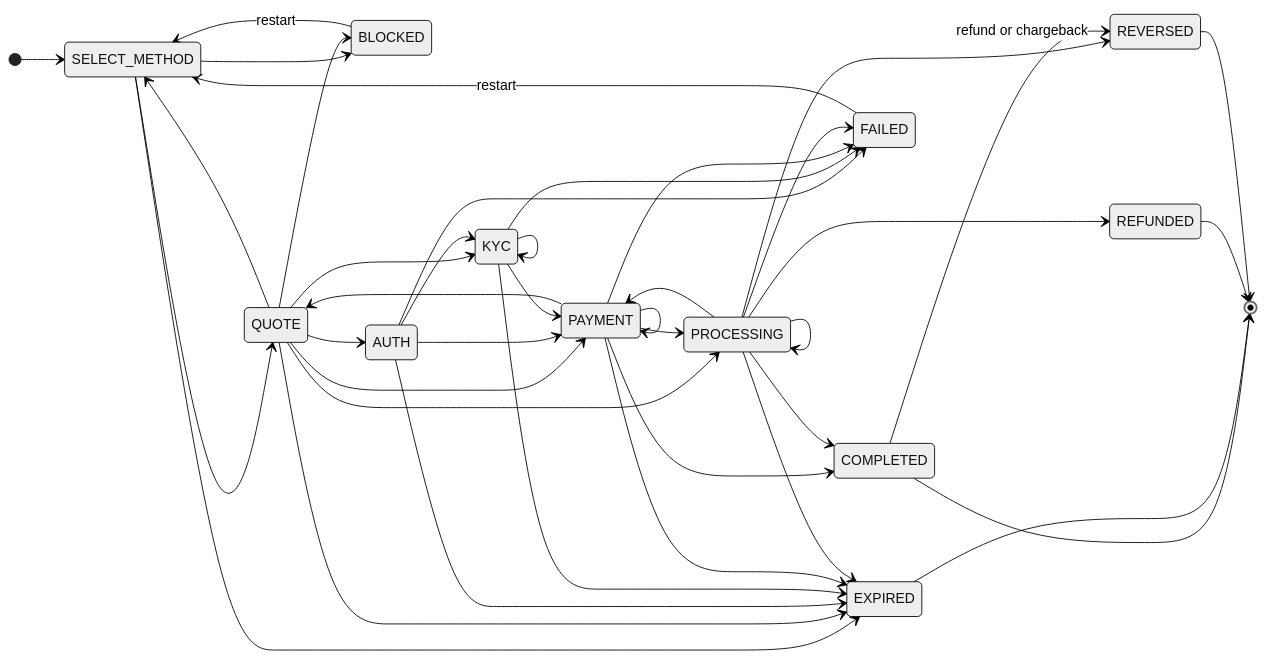
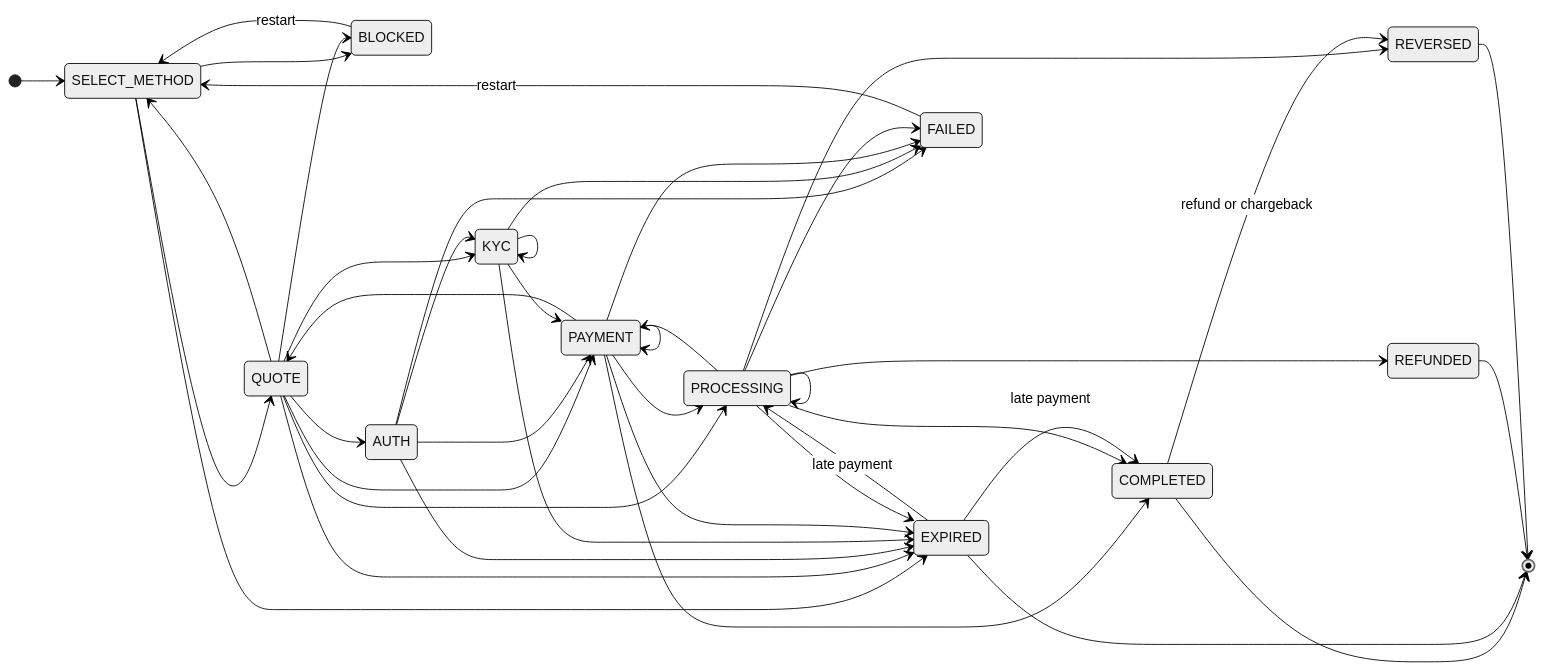
Before and after one commit to yosriady/openrampkit: the first of 2 diagrams in docs/concepts/flow.md, drawn with Mermaid (neutral theme). The commit also changed other lines of this file and 12 other files, not shown here.

````diff
--- a/docs/concepts/flow.md
+++ b/docs/concepts/flow.md
@@ -59,43 +59,45 @@
 ```mermaid
 stateDiagram-v2
   direction LR
   [*] --> SELECT_METHOD
   SELECT_METHOD --> QUOTE
   SELECT_METHOD --> BLOCKED
   SELECT_METHOD --> EXPIRED
   QUOTE --> SELECT_METHOD
   QUOTE --> AUTH
   QUOTE --> KYC
   QUOTE --> PAYMENT
   QUOTE --> PROCESSING
   QUOTE --> BLOCKED
   QUOTE --> EXPIRED
   AUTH --> KYC
   AUTH --> PAYMENT
   AUTH --> FAILED
   AUTH --> EXPIRED
   KYC --> KYC
   KYC --> PAYMENT
   KYC --> FAILED
   KYC --> EXPIRED
   PAYMENT --> PAYMENT
   PAYMENT --> PROCESSING
   PAYMENT --> COMPLETED
   PAYMENT --> FAILED
   PAYMENT --> EXPIRED
   PAYMENT --> QUOTE
   PROCESSING --> PROCESSING
   PROCESSING --> PAYMENT
   PROCESSING --> COMPLETED
   PROCESSING --> FAILED
   PROCESSING --> REFUNDED
   PROCESSING --> REVERSED
   PROCESSING --> EXPIRED
   FAILED --> SELECT_METHOD: restart
   BLOCKED --> SELECT_METHOD: restart
   COMPLETED --> REVERSED: refund or chargeback
+  EXPIRED --> PROCESSING: late payment
+  EXPIRED --> COMPLETED: late payment
   COMPLETED --> [*]
   EXPIRED --> [*]
   REFUNDED --> [*]
   REVERSED --> [*]
 ```
````
